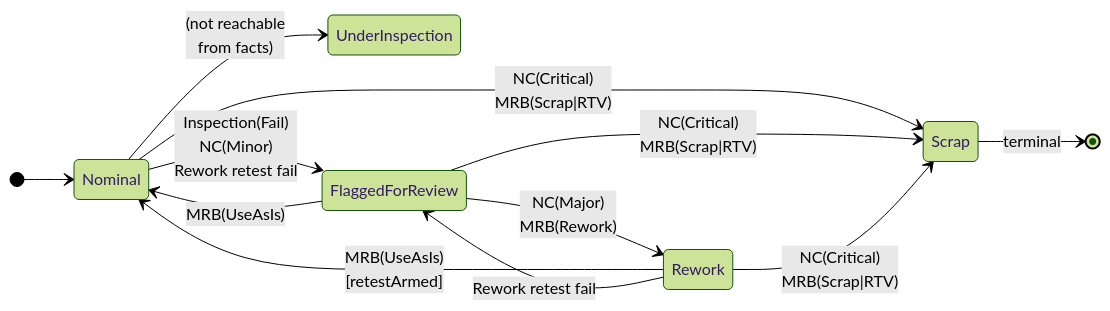
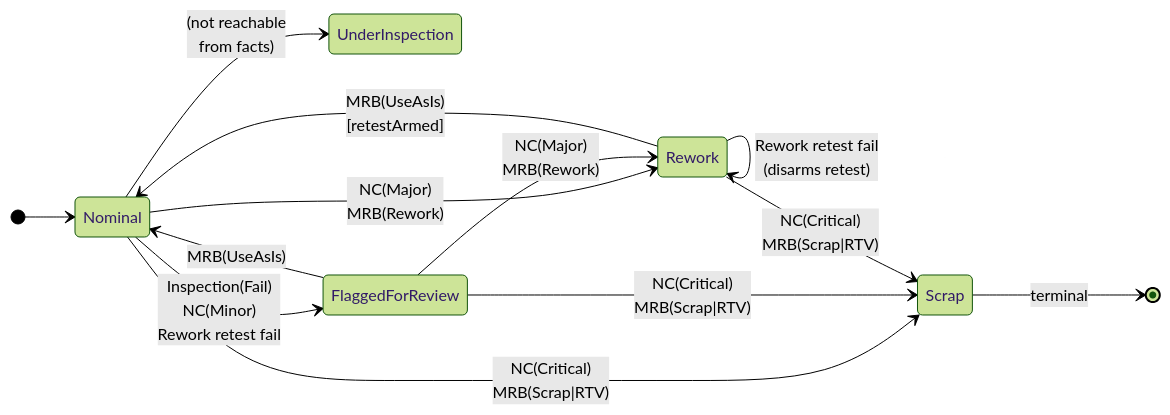
One commit to NSTA1/Orleans.Lattice changed the diagram in samples/MultiSiteManufacturing/approach.md. Above: the diagram before and after it, drawn with Mermaid (forest theme). The commit also changed other lines of this file and 448 other files, not shown here.

````diff
--- a/samples/MultiSiteManufacturing/approach.md
+++ b/samples/MultiSiteManufacturing/approach.md
@@ -28,15 +28,16 @@
 ```mermaid
 stateDiagram-v2
     direction LR
     [*] --> Nominal
     Nominal --> UnderInspection: (not reachable<br/>from facts)
     Nominal --> FlaggedForReview: Inspection(Fail)<br/>NC(Minor)<br/>Rework retest fail
+    Nominal --> Rework: NC(Major)<br/>MRB(Rework)
     FlaggedForReview --> Rework: NC(Major)<br/>MRB(Rework)
     FlaggedForReview --> Nominal: MRB(UseAsIs)
     Rework --> Nominal: MRB(UseAsIs)<br/>[retestArmed]
-    Rework --> FlaggedForReview: Rework retest fail
+    Rework --> Rework: Rework retest fail<br/>(disarms retest)
     Nominal --> Scrap: NC(Critical)<br/>MRB(Scrap|RTV)
     FlaggedForReview --> Scrap: NC(Critical)<br/>MRB(Scrap|RTV)
     Rework --> Scrap: NC(Critical)<br/>MRB(Scrap|RTV)
     Scrap --> [*]: terminal
 ```
````
